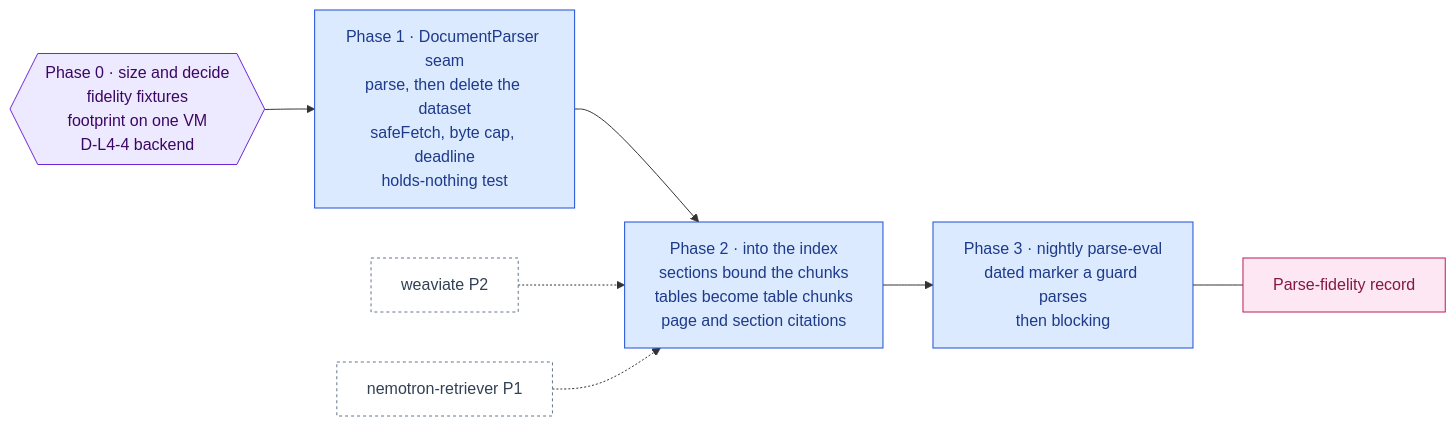
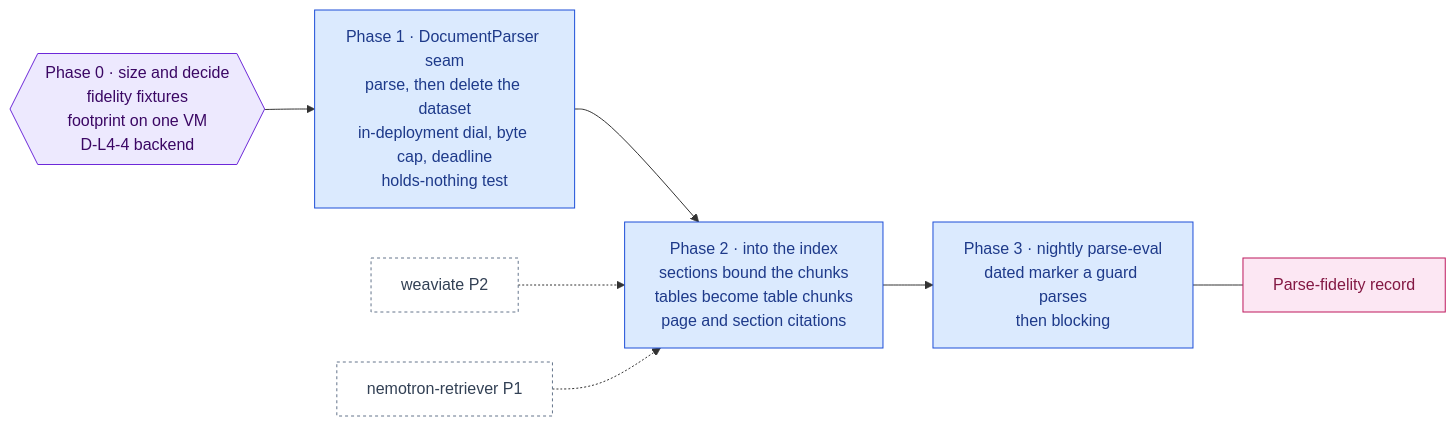
One commit to RodnaPamet/inflect-compliance changed the diagram in docs/ai-architecture/ragflow.md. Above: the diagram before and after it, drawn with Mermaid. The commit also changed other lines of this file and 287 other files, not shown here.

First line of the commit message:
AI roadmap waves 0–1: owner decisions, 22 phases built across 15 roadmaps (#5323)

````diff
--- a/docs/ai-architecture/ragflow.md
+++ b/docs/ai-architecture/ragflow.md
@@ -29,21 +29,21 @@
 ```mermaid
 flowchart LR
   P0{{"Phase 0 · size and decide<br/>fidelity fixtures<br/>footprint on one VM<br/>D-L4-4 backend"}}:::gate
-  P1["Phase 1 · DocumentParser seam<br/>parse, then delete the dataset<br/>safeFetch, byte cap, deadline<br/>holds-nothing test"]:::todo
+  P1["Phase 1 · DocumentParser seam<br/>parse, then delete the dataset<br/>in-deployment dial, byte cap, deadline<br/>holds-nothing test"]:::todo
   P2["Phase 2 · into the index<br/>sections bound the chunks<br/>tables become table chunks<br/>page and section citations"]:::todo
   P3["Phase 3 · nightly parse-eval<br/>dated marker a guard parses<br/>then blocking"]:::todo
   WV["weaviate P2"]:::ext
   RT["nemotron-retriever P1"]:::ext
   REC["Parse-fidelity record"]:::eval
   P0 --> P1 --> P2 --> P3
   WV -.-> P2
   RT -.-> P2
   P3 --- REC
 
   classDef done fill:#d1fae5,stroke:#047857,color:#064e3b
   classDef todo fill:#dbeafe,stroke:#1d4ed8,color:#1e3a8a
   classDef gate fill:#ede9fe,stroke:#6d28d9,color:#3b0764
   classDef ext fill:#ffffff,stroke:#64748b,color:#334155,stroke-dasharray:3 3
   classDef eval fill:#fce7f3,stroke:#be185d,color:#831843
   classDef declined fill:#f3f4f6,stroke:#6b7280,color:#374151,stroke-dasharray:4 3
 ```
````
